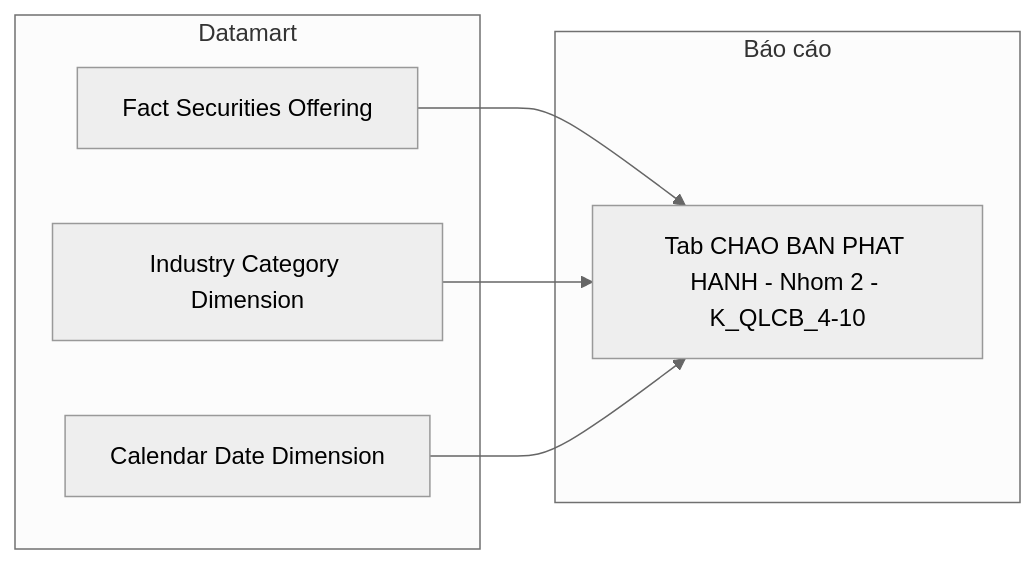
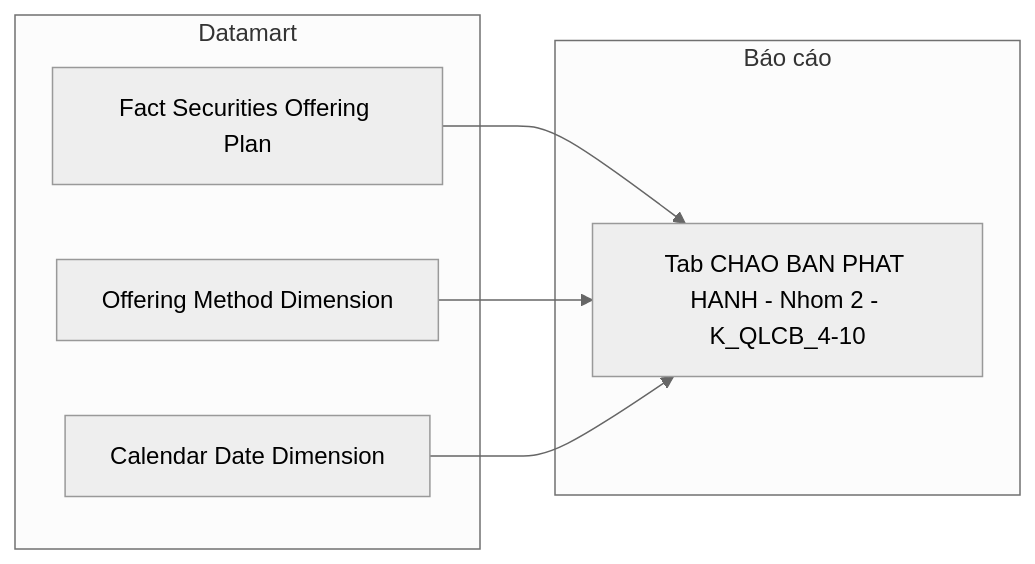
One commit to linhlvit/ubck_atomic_design changed the seventh of 21 diagrams in Datamart/hld/DTM_QLCB_HLD.md. Above: the diagram before and after it, drawn with Mermaid (neutral theme). The commit also changed other lines of this file and 4 other files, not shown here.

````diff
--- a/Datamart/hld/DTM_QLCB_HLD.md
+++ b/Datamart/hld/DTM_QLCB_HLD.md
@@ -316,14 +358,14 @@
 ```mermaid
 flowchart LR
     subgraph Datamart["Datamart"]
-        G1["Fact Securities Offering"]
-        G3["Industry Category Dimension"]
+        G1["Fact Securities Offering Plan"]
+        G3["Offering Method Dimension"]
         G4["Calendar Date Dimension"]
     end
     subgraph RPT["Báo cáo"]
         R2["Tab CHAO BAN PHAT HANH - Nhom 2 - K_QLCB_4-10"]
     end
     G1 --> R2
     G3 --> R2
     G4 --> R2
 ```
````
